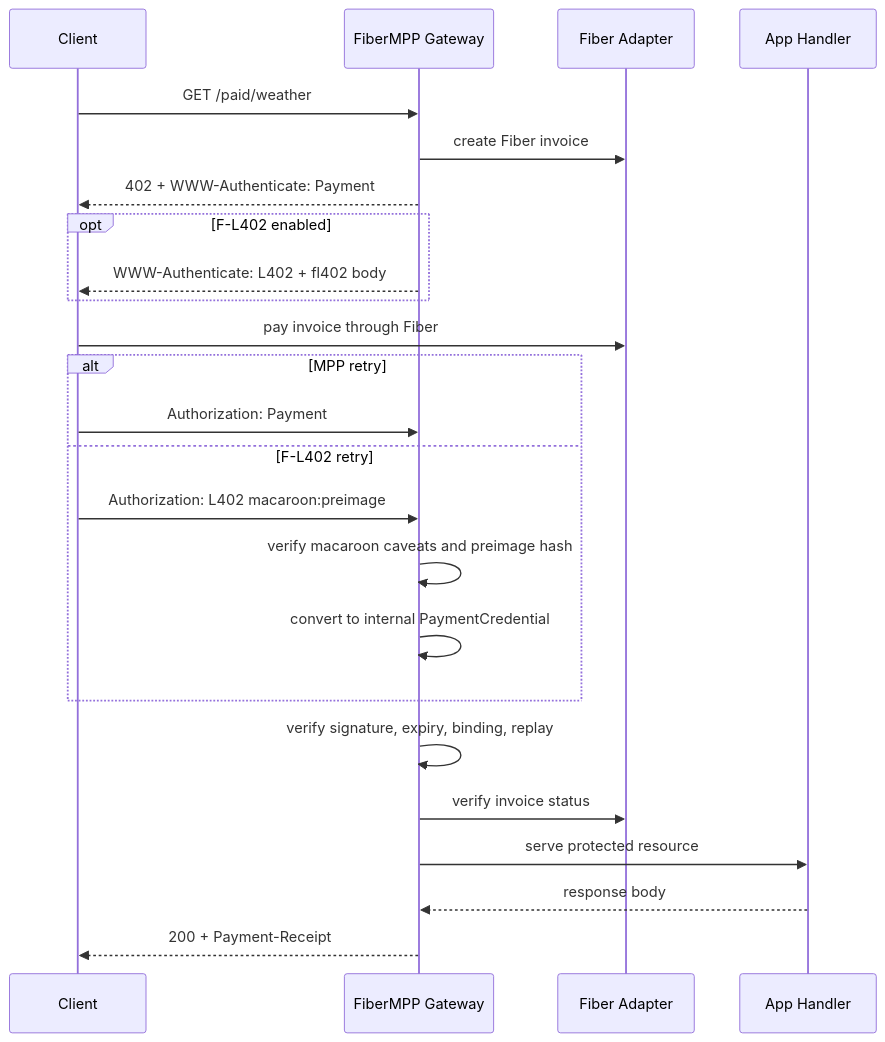
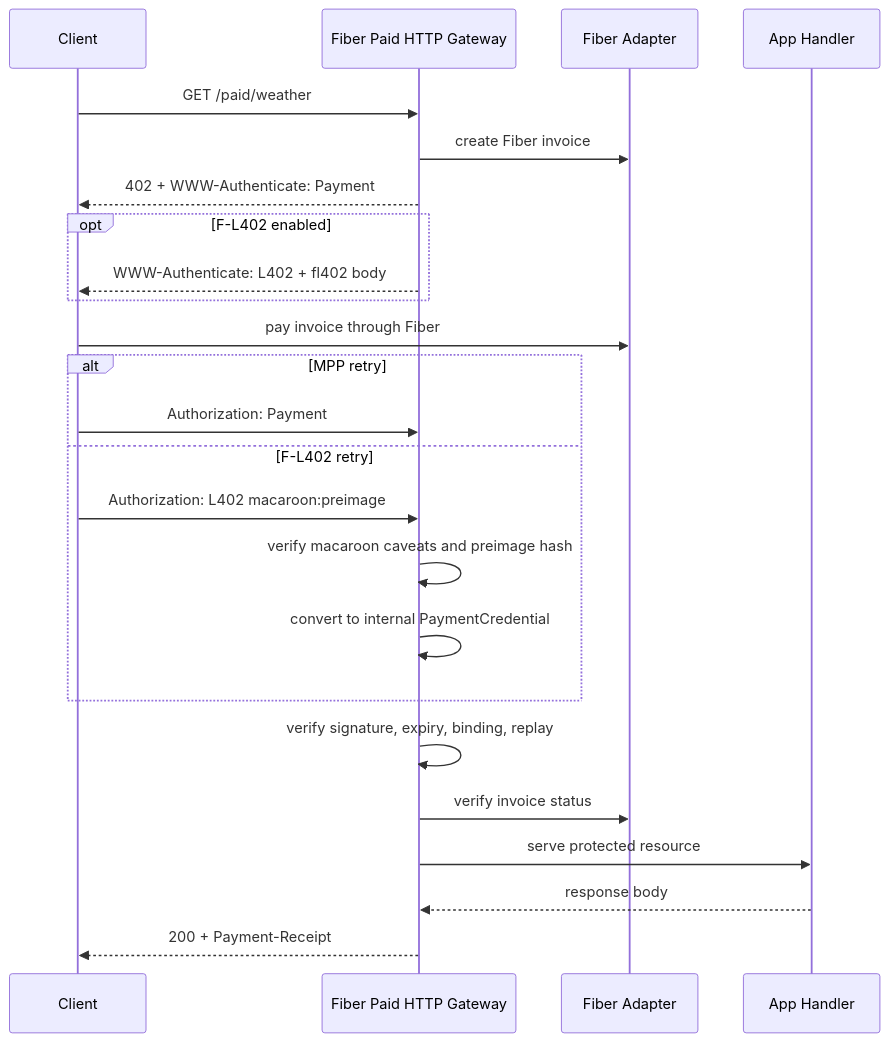
The diagram in docs/architecture.md (a19q3/fiber-paid-http), drawn with Mermaid before and after one commit. The commit also changed other lines of this file and 195 other files, not shown here.

Commit message:
Rename project to Fiber Paid HTTP

````diff
--- a/docs/architecture.md
+++ b/docs/architecture.md
@@ -39,27 +39,27 @@
 ```mermaid
 sequenceDiagram
   participant C as Client
-  participant S as FiberMPP Gateway
+  participant S as Fiber Paid HTTP Gateway
   participant F as Fiber Adapter
   participant A as App Handler
 
   C->>S: GET /paid/weather
   S->>F: create Fiber invoice
   S-->>C: 402 + WWW-Authenticate: Payment
   opt F-L402 enabled
     S-->>C: WWW-Authenticate: L402 + fl402 body
   end
   C->>F: pay invoice through Fiber
   alt MPP retry
     C->>S: Authorization: Payment
   else F-L402 retry
     C->>S: Authorization: L402 macaroon:preimage
     S->>S: verify macaroon caveats and preimage hash
     S->>S: convert to internal PaymentCredential
   end
   S->>S: verify signature, expiry, binding, replay
   S->>F: verify invoice status
   S->>A: serve protected resource
   A-->>S: response body
   S-->>C: 200 + Payment-Receipt
 ```
````
